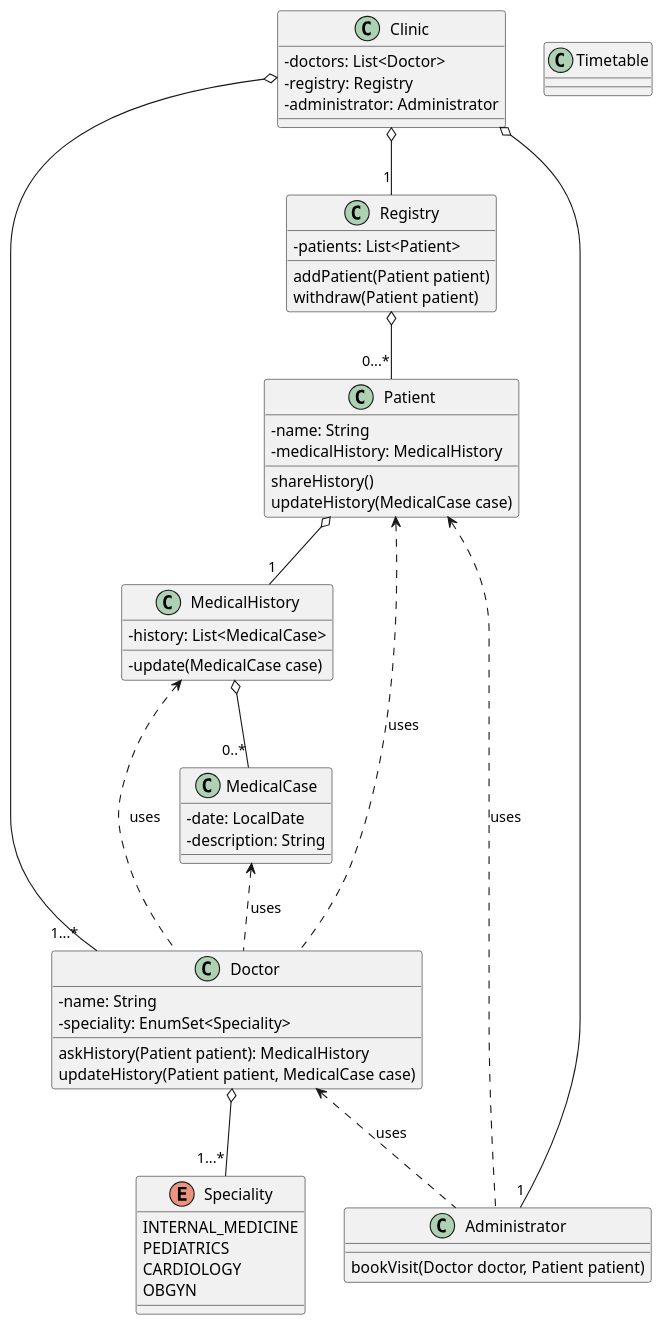
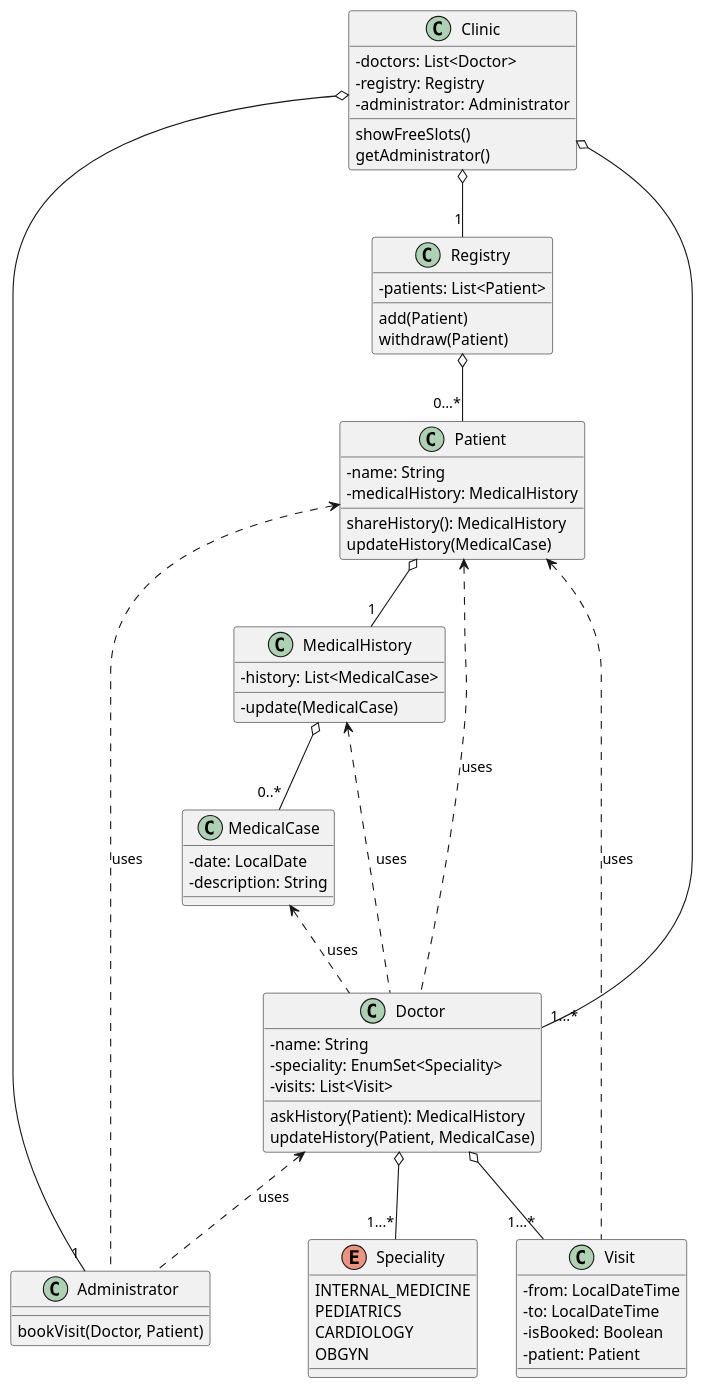
The diagram in Clinic.puml (samurnin/Clinic), drawn with PlantUML before and after one commit.

Commit message:
added new classes; corrected ones

```diff
--- a/Clinic.puml
+++ b/Clinic.puml
@@ -1,74 +1,78 @@
 @startuml
 skinparam classAttributeIconSize 0
 
 class Clinic {
 - doctors: List<Doctor>
 - registry: Registry
 - administrator: Administrator
+
+showFreeSlots()
+getAdministrator()
 }
 
 class Doctor {
 - name: String
 - speciality: EnumSet<Speciality>
-
-askHistory(Patient patient): MedicalHistory
-updateHistory(Patient patient, MedicalCase case)
+- visits: List<Visit>
+askHistory(Patient): MedicalHistory
+updateHistory(Patient, MedicalCase)
 }
 
 class Patient {
 - name: String
 - medicalHistory: MedicalHistory
-
-shareHistory()
-updateHistory(MedicalCase case)
+shareHistory(): MedicalHistory
+updateHistory(MedicalCase)
 }
 
 class Registry {
 - patients: List<Patient>
-
-addPatient(Patient patient)
-withdraw(Patient patient)
+add(Patient)
+withdraw(Patient)
 }
 
-class Timetable {
+class Visit {
+- from: LocalDateTime
+- to: LocalDateTime
+- isBooked: Boolean
+- patient: Patient
 }
 
 class Administrator {
-
-bookVisit(Doctor doctor, Patient patient)
+bookVisit(Doctor, Patient)
 }
 
 class MedicalCase {
 - date: LocalDate
 - description: String
 }
 
 class MedicalHistory {
 - history: List<MedicalCase>
-
-- update(MedicalCase case)
+- update(MedicalCase)
 }
 
 enum Speciality {
 INTERNAL_MEDICINE
 PEDIATRICS
 CARDIOLOGY
 OBGYN
 }
 
 Doctor o-- "1...*" Speciality
+Doctor o-- "1...*" Visit
 Patient o-- "1" MedicalHistory
 MedicalHistory o-- "0..*" MedicalCase
 Registry o-- "0...*" Patient
 Clinic o-- "1...*" Doctor
 Clinic o-- "1" Registry
 Clinic o-- "1" Administrator
 
 Patient <.. Doctor: uses
+Patient <.. Visit: uses
 MedicalCase <.. Doctor: uses
 MedicalHistory <.. Doctor: uses
-
 Doctor <.. Administrator: uses
 Patient <.. Administrator: uses
 
 @enduml
```
